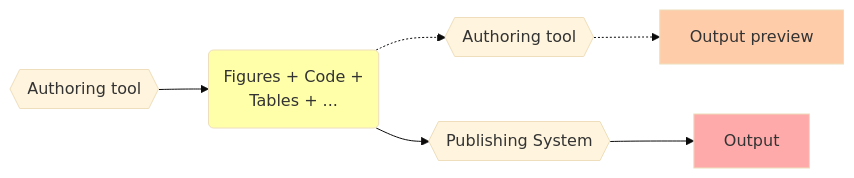
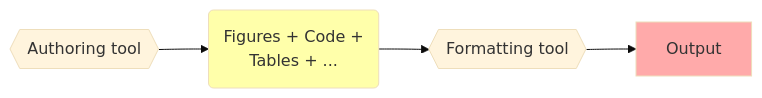
Before and after one commit to TAILOR-UoB/new_ways_of_publishing: the first of 4 diagrams in booksource/publishing-workflow/index.md, drawn with Mermaid (base theme). The commit also changed other lines of this file and 21 other files, not shown here.

````diff
--- a/booksource/publishing-workflow/index.md
+++ b/booksource/publishing-workflow/index.md
@@ -17,12 +17,9 @@
 ```{mermaid}
 flowchart LR
   
     A1{{"Authoring tool"}} --> I1("Figures + Code + \n Tables + ..."):::input
-    I1 -.-> A2{{"Authoring tool"}}
-    A2 -.-> O2["Output preview"]:::preview
-    I1 --> P1{{"Publishing System"}}
+    I1 --> P1{{"Formatting tool"}}
     P1 --> O1["Output"]:::output
     classDef input fill:#ffa;
     classDef output fill:#faa;
-    classDef preview fill:#fca;
 ```
````
